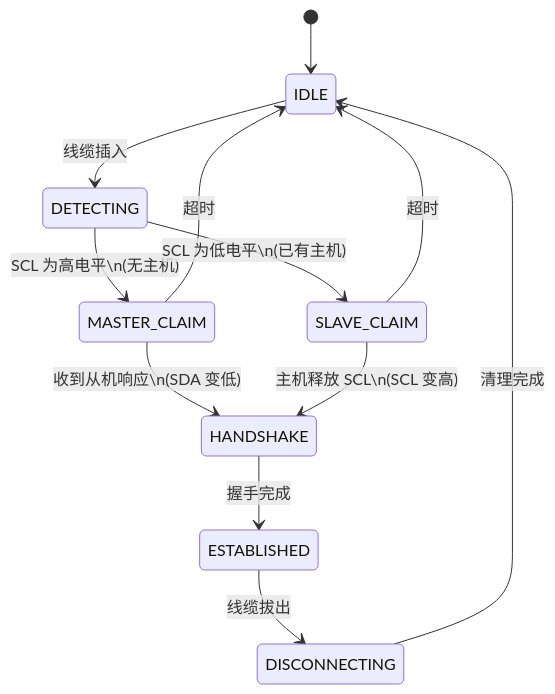
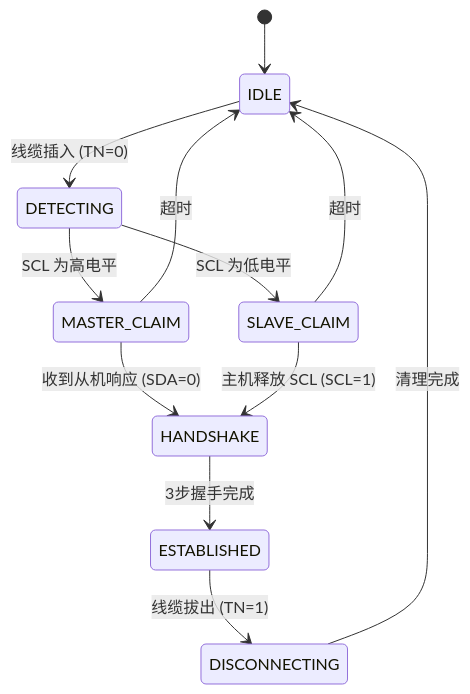
The first of 8 diagrams in docs/i2c_commu_zh.md (hdkghc/calculator), drawn with Mermaid before and after one commit. The commit also changed other lines of this file and 5 other files, not shown here.

````diff
--- a/docs/i2c_commu_zh.md
+++ b/docs/i2c_commu_zh.md
@@ -143,21 +134,21 @@
 ```mermaid
 stateDiagram-v2
     [*] --> IDLE
-    
-    IDLE --> DETECTING: 线缆插入
-    
-    DETECTING --> MASTER_CLAIM: SCL 为高电平\n(无主机)
-    DETECTING --> SLAVE_CLAIM: SCL 为低电平\n(已有主机)
-    
-    MASTER_CLAIM --> HANDSHAKE: 收到从机响应\n(SDA 变低)
+
+    IDLE --> DETECTING: 线缆插入 (TN=0)
+
+    DETECTING --> MASTER_CLAIM: SCL 为高电平
+    DETECTING --> SLAVE_CLAIM: SCL 为低电平
+
+    MASTER_CLAIM --> HANDSHAKE: 收到从机响应 (SDA=0)
     MASTER_CLAIM --> IDLE: 超时
-    
-    SLAVE_CLAIM --> HANDSHAKE: 主机释放 SCL\n(SCL 变高)
+
+    SLAVE_CLAIM --> HANDSHAKE: 主机释放 SCL (SCL=1)
     SLAVE_CLAIM --> IDLE: 超时
-    
-    HANDSHAKE --> ESTABLISHED: 握手完成
-    
-    ESTABLISHED --> DISCONNECTING: 线缆拔出
-    
+
+    HANDSHAKE --> ESTABLISHED: 3步握手完成
+
+    ESTABLISHED --> DISCONNECTING: 线缆拔出 (TN=1)
+
     DISCONNECTING --> IDLE: 清理完成
 ```
````
